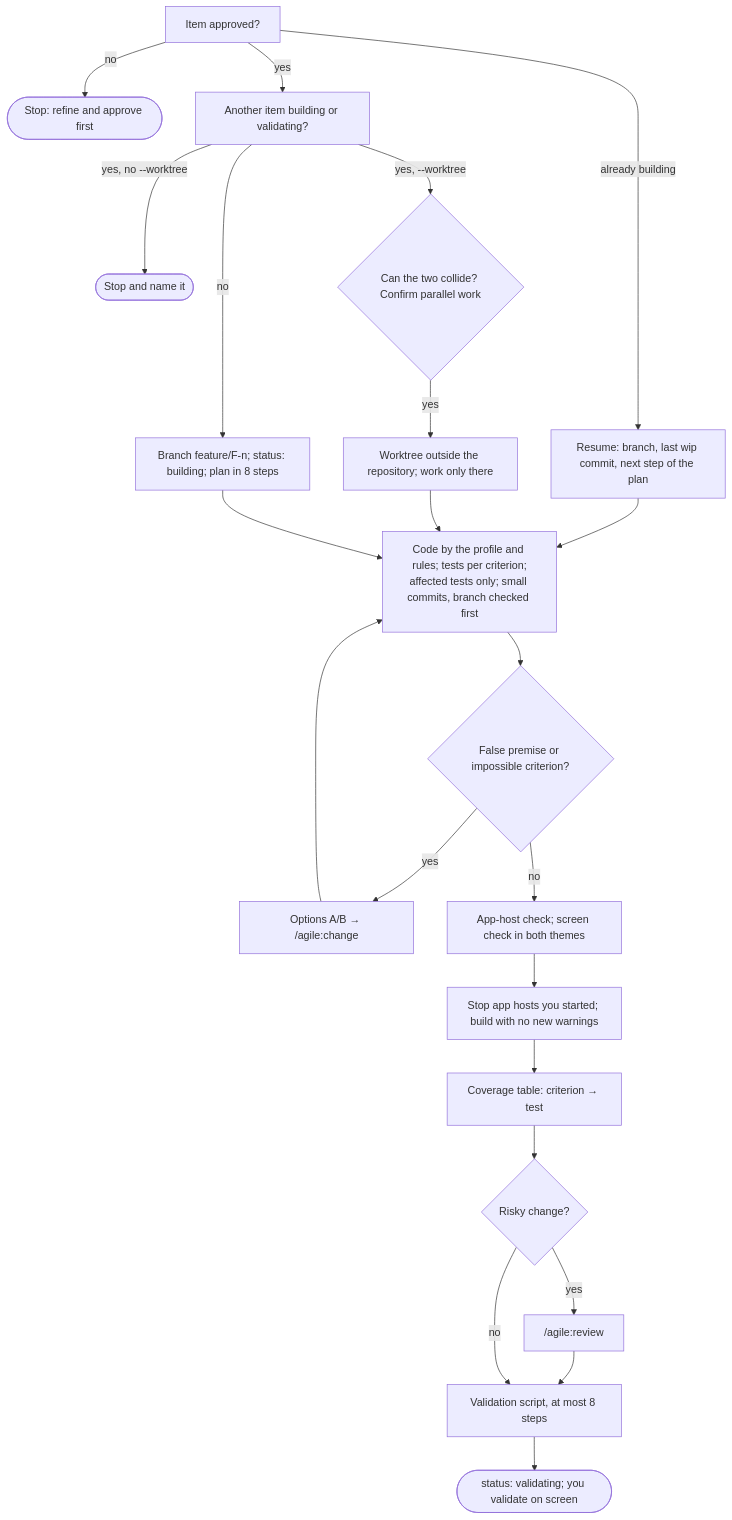
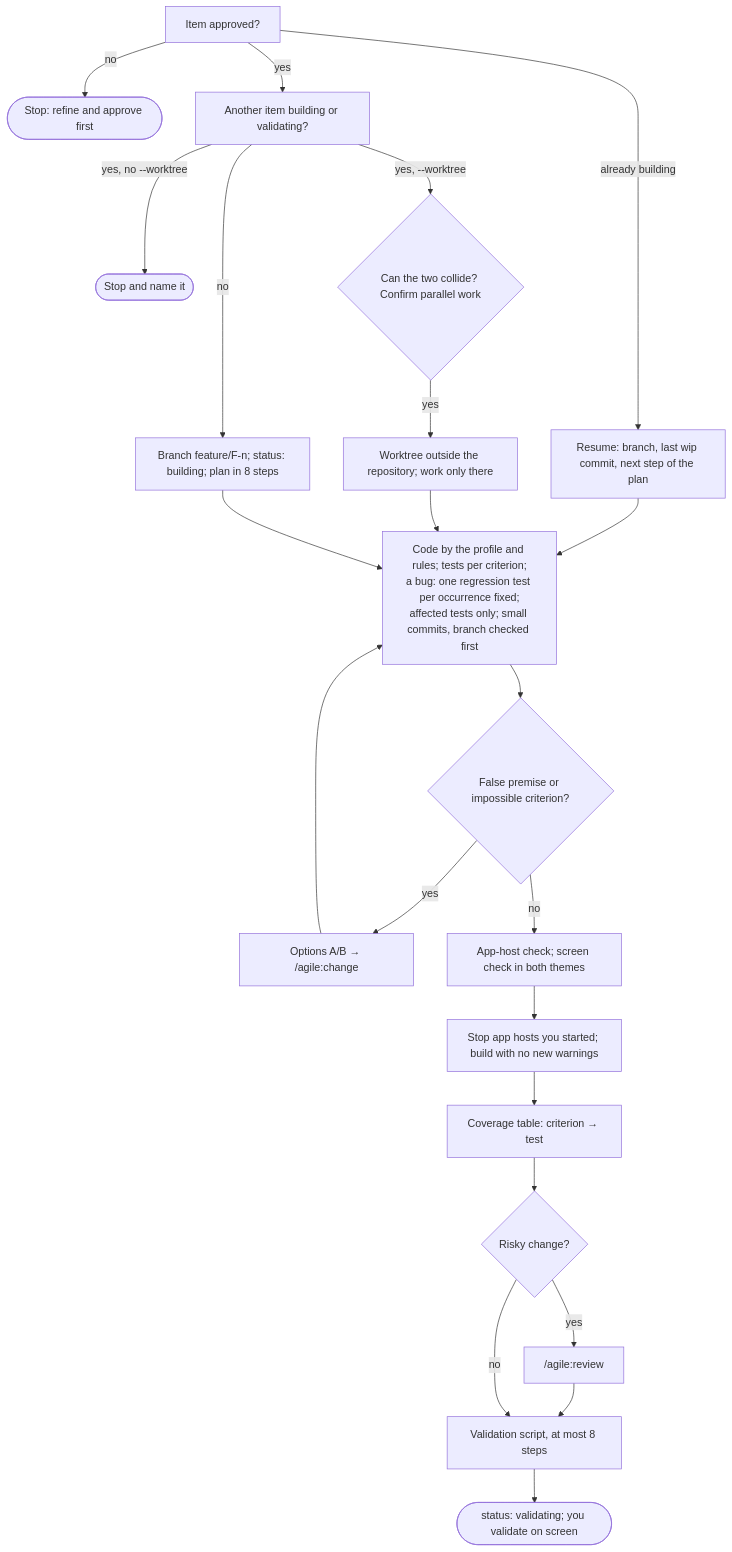
Before and after one commit to alexcanario/simulab: the eighth of 15 diagrams in docs/agile/workflow.md, drawn with Mermaid. The commit also changed other lines of this file and 10 other files, not shown here.

````diff
--- a/docs/agile/workflow.md
+++ b/docs/agile/workflow.md
@@ -934,24 +957,24 @@
 ```mermaid
 flowchart TD
     A["Item approved?"] -->|already building| A2["Resume: branch, last wip commit, next step of the plan"]
     A2 --> D
     A -->|no| A1(["Stop: refine and approve first"])
     A -->|yes| B["Another item building or validating?"]
     B -->|yes, no --worktree| B1(["Stop and name it"])
     B -->|yes, --worktree| B2{"Can the two collide? Confirm parallel work"}
     B2 -->|yes| C2["Worktree outside the repository; work only there"]
     B -->|no| C["Branch feature/F-n; status: building; plan in 8 steps"]
     C2 --> D
-    C --> D["Code by the profile and rules; tests per criterion;<br/>affected tests only; small commits, branch checked first"]
+    C --> D["Code by the profile and rules; tests per criterion;<br/>a bug: one regression test per occurrence fixed;<br/>affected tests only; small commits, branch checked first"]
     D --> E{"False premise or impossible criterion?"}
     E -->|yes| E1["Options A/B → /agile:change"]
     E1 --> D
     E -->|no| F["App-host check; screen check in both themes"]
     F --> G["Stop app hosts you started; build with no new warnings"]
     G --> H["Coverage table: criterion → test"]
     H --> I{"Risky change?"}
     I -->|yes| I1["/agile:review"]
     I1 --> J
     I -->|no| J["Validation script, at most 8 steps"]
     J --> K(["status: validating; you validate on screen"])
 ```
````
